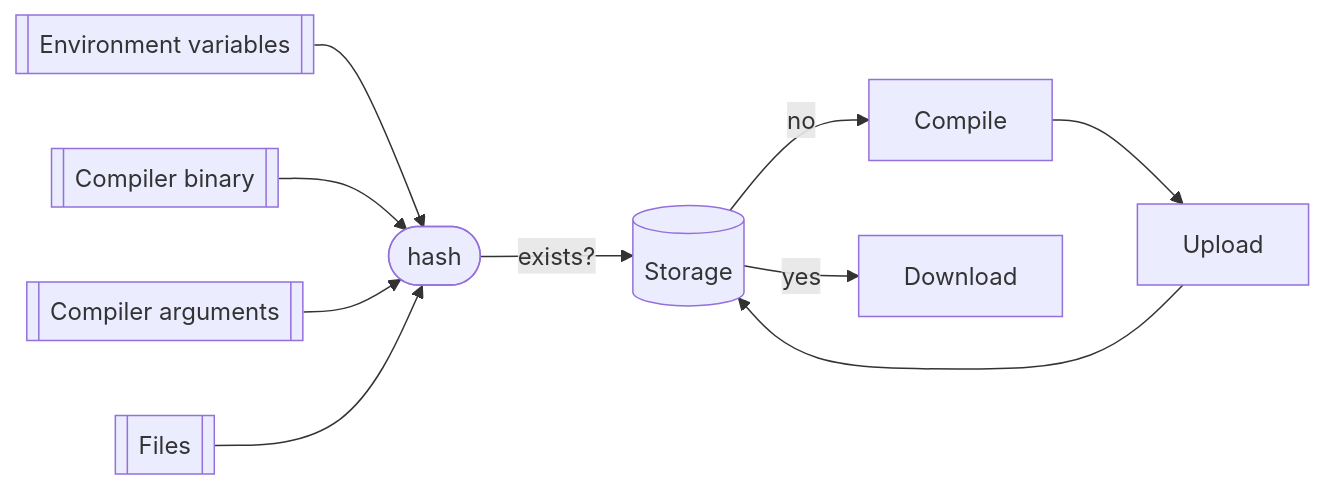
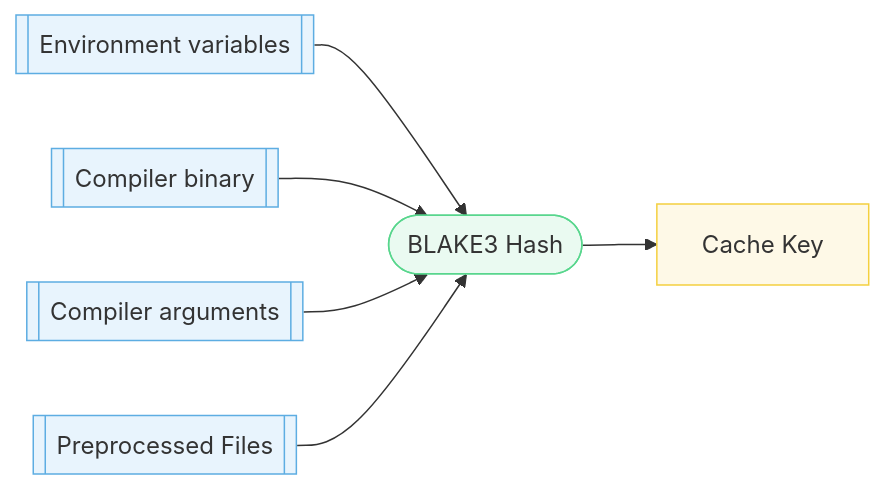
One commit to mozilla/sccache changed the third of 3 diagrams in docs/Architecture.md. Above: the diagram before and after it, drawn with Mermaid. The commit also changed other lines of this file, not shown here.

First line of the commit message:
docs: rewrite Architecture.md with sequence diagrams and cache key docs

````diff
--- a/docs/Architecture.md
+++ b/docs/Architecture.md
@@ -6,12 +105,15 @@
 ```mermaid
   flowchart LR
       id1[[Environment variables]] --> hash
       id2[[Compiler binary]] --> hash
       id3[[Compiler arguments]] --> hash
-      id5[[Files]] --> |  | hash
-      Compile --> Upload
-      Storage[(Storage)] --> | yes | Download
-      hash([hash]) --> | exists? | Storage
-      Storage --> | no | Compile
-      Upload --> Storage
+      id5[[Preprocessed Files]] --> hash
+      hash([BLAKE3 Hash]) --> key[Cache Key]
+
+      style id1 fill:#e8f4fd,stroke:#5dade2,color:#333
+      style id2 fill:#e8f4fd,stroke:#5dade2,color:#333
+      style id3 fill:#e8f4fd,stroke:#5dade2,color:#333
+      style id5 fill:#e8f4fd,stroke:#5dade2,color:#333
+      style hash fill:#eafaf1,stroke:#58d68d,color:#333
+      style key fill:#fef9e7,stroke:#f4d03f,color:#333
 ```
````
